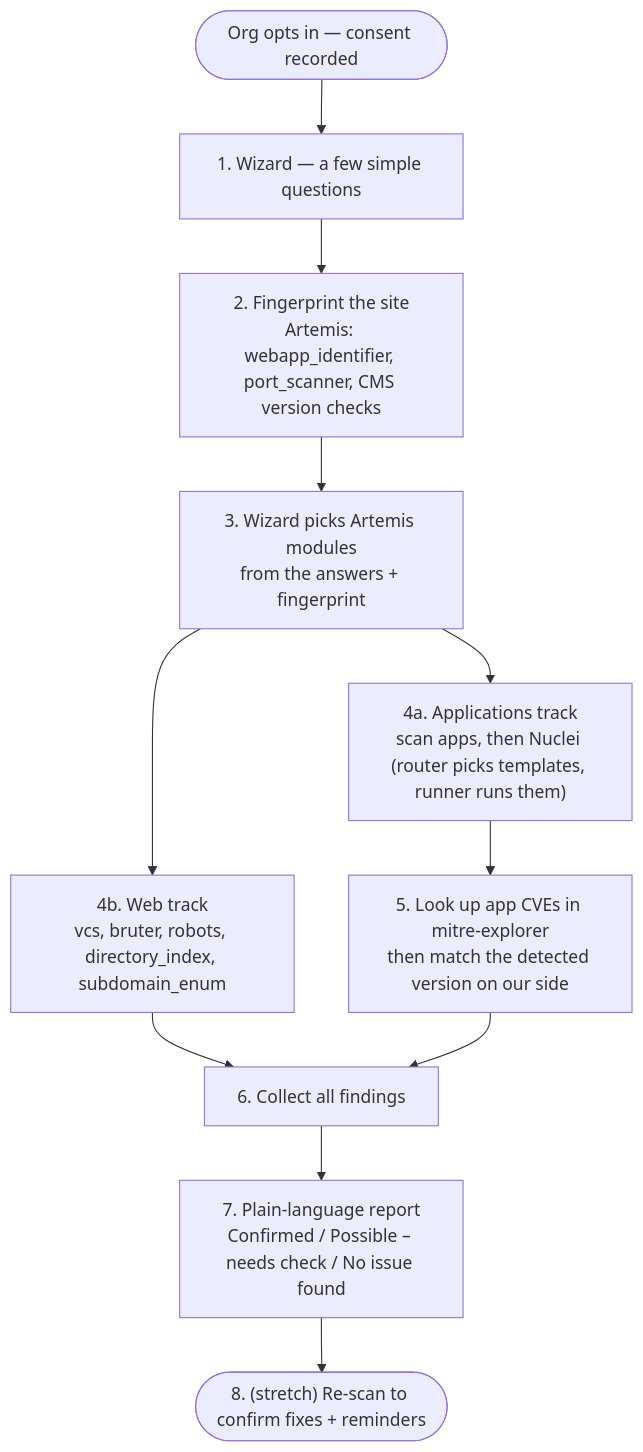
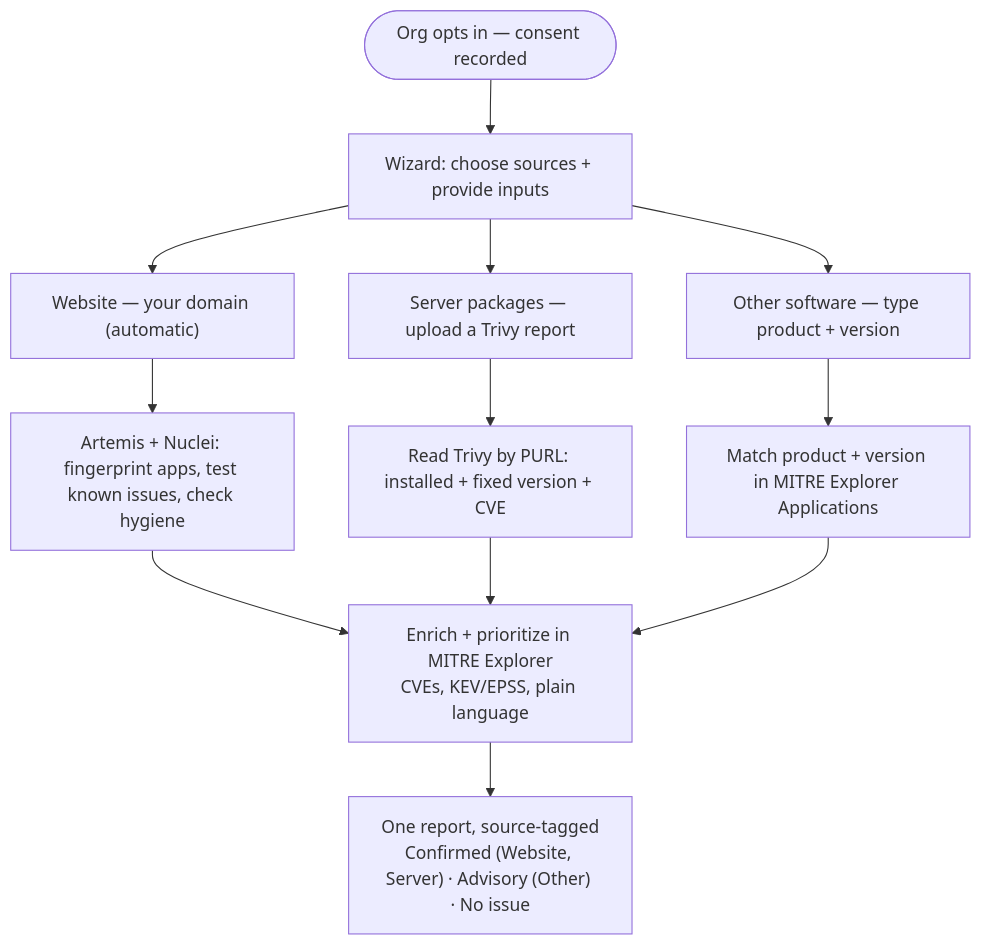
Before and after one commit to PerIPan/SafetyRoutes: the diagram in README.md, drawn with Mermaid. The commit also changed other lines of this file and 10 other files, not shown here.

First line of the commit message:
feat(mock): add Packages tier (Trivy) — 3-source wizard with realistic inputs

````diff
--- a/README.md
+++ b/README.md
@@ -134,13 +155,14 @@
 ```mermaid
 flowchart TD
-    A(["Org opts in — consent recorded"]) --> B["1. Wizard — a few simple questions"]
-    B --> C["2. Fingerprint the site<br/>Artemis: webapp_identifier, port_scanner, CMS version checks"]
-    C --> D["3. Wizard picks Artemis modules<br/>from the answers + fingerprint"]
-    D --> E["4a. Applications track<br/>scan apps, then Nuclei (router picks templates, runner runs them)"]
-    D --> F["4b. Web track<br/>vcs, bruter, robots, directory_index, subdomain_enum"]
-    E --> G["5. Look up app CVEs in mitre-explorer<br/>then match the detected version on our side"]
-    F --> H["6. Collect all findings"]
-    G --> H
-    H --> I["7. Plain-language report<br/>Confirmed / Possible – needs check / No issue found"]
-    I --> J(["8. (stretch) Re-scan to confirm fixes + reminders"])
+    A(["Org opts in — consent recorded"]) --> B["Wizard: choose sources + provide inputs"]
+    B --> W["Website — your domain (automatic)"]
+    B --> P["Server packages — upload a Trivy report"]
+    B --> O["Other software — type product + version"]
+    W --> W2["Artemis + Nuclei: fingerprint apps, test known issues, check hygiene"]
+    P --> P2["Read Trivy by PURL: installed + fixed version + CVE"]
+    O --> O2["Match product + version in MITRE Explorer Applications"]
+    W2 --> X["Enrich + prioritize in MITRE Explorer<br/>CVEs, KEV/EPSS, plain language"]
+    P2 --> X
+    O2 --> X
+    X --> R["One report, source-tagged<br/>Confirmed (Website, Server) · Advisory (Other) · No issue"]
 ```
````
